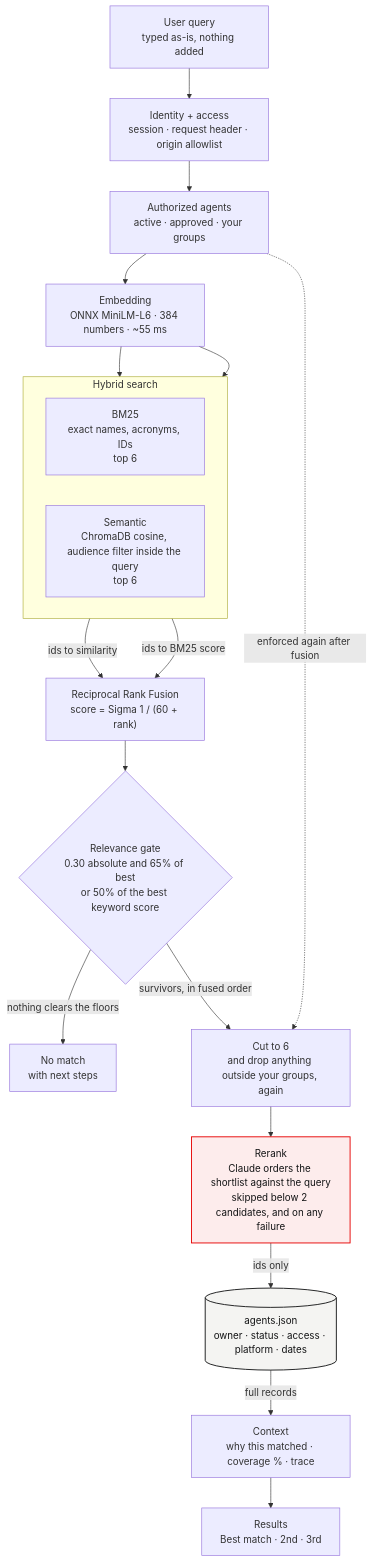
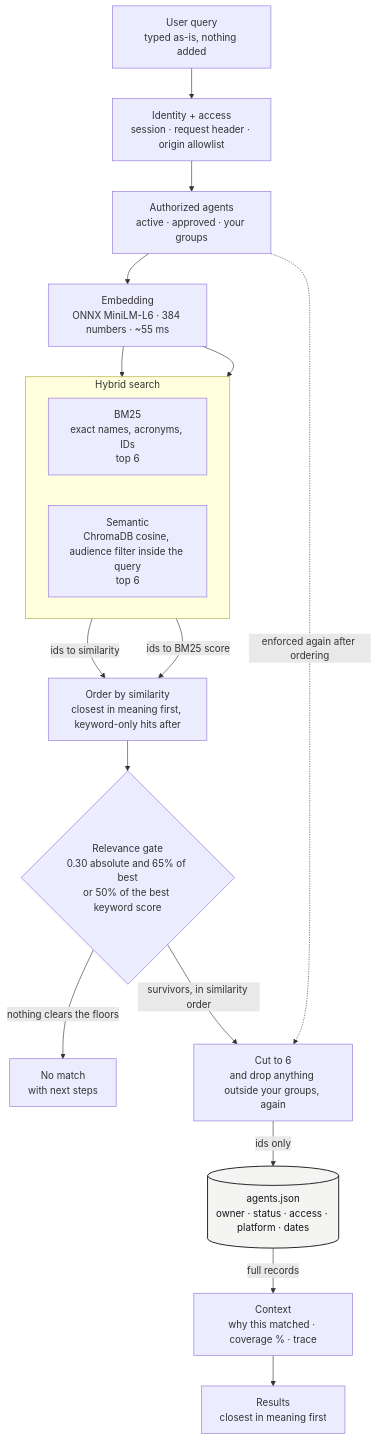
The diagram in docs/search-flow.md (vivekprojects-GIT/CreditWiz), drawn with Mermaid before and after one commit. The commit also changed other lines of this file and 187 other files, not shown here.

````diff
--- a/docs/search-flow.md
+++ b/docs/search-flow.md
@@ -15,42 +15,38 @@
 ```mermaid
 flowchart TB
   Q["User query<br/>typed as-is, nothing added"]
   G["Identity + access<br/>session · request header · origin allowlist"]
   V["Authorized agents<br/>active · approved · your groups"]
   E["Embedding<br/>ONNX MiniLM-L6 · 384 numbers · ~55 ms"]
-  R["Reciprocal Rank Fusion<br/>score = Sigma 1 / (60 + rank)"]
+  R["Order by similarity<br/>closest in meaning first, keyword-only hits after"]
   T{"Relevance gate<br/>0.30 absolute and 65% of best<br/>or 50% of the best keyword score"}
   N["No match<br/>with next steps"]
   C["Cut to 6<br/>and drop anything outside your groups, again"]
-  RR["Rerank<br/>Claude orders the shortlist against the query<br/>skipped below 2 candidates, and on any failure"]
   J[("agents.json<br/>owner · status · access · platform · dates")]
   X["Context<br/>why this matched · coverage % · trace"]
-  A["Results<br/>Best match · 2nd · 3rd"]
+  A["Results<br/>closest in meaning first"]
 
   subgraph H ["Hybrid search"]
     direction LR
     K["BM25<br/>exact names, acronyms, IDs<br/>top 6"]
     S["Semantic<br/>ChromaDB cosine, audience filter inside the query<br/>top 6"]
   end
 
   Q --> G
   G --> V
   V --> E
   E --> S
   E --> K
   S -- "ids to similarity" --> R
   K -- "ids to BM25 score" --> R
   R --> T
   T -- "nothing clears the floors" --> N
-  T -- "survivors, in fused order" --> C
-  C --> RR
-  RR -- "ids only" --> J
+  T -- "survivors, in similarity order" --> C
+  C -- "ids only" --> J
   J -- "full records" --> X
   X --> A
-  V -. "enforced again after fusion" .-> C
+  V -. "enforced again after ordering" .-> C
 
-  classDef fuse fill:#fdecec,stroke:#e60000,stroke-width:1.5px,color:#141516
   classDef src fill:#f4f4f2,stroke:#141516,stroke-width:1.5px,color:#141516
-  class RR fuse
   class J src
 ```
````
